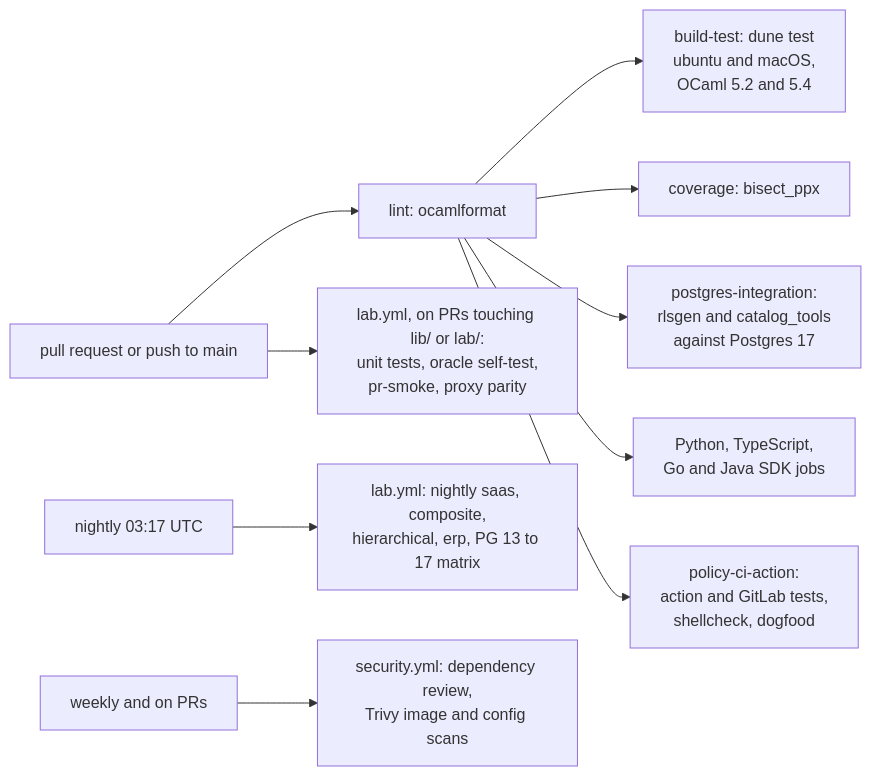
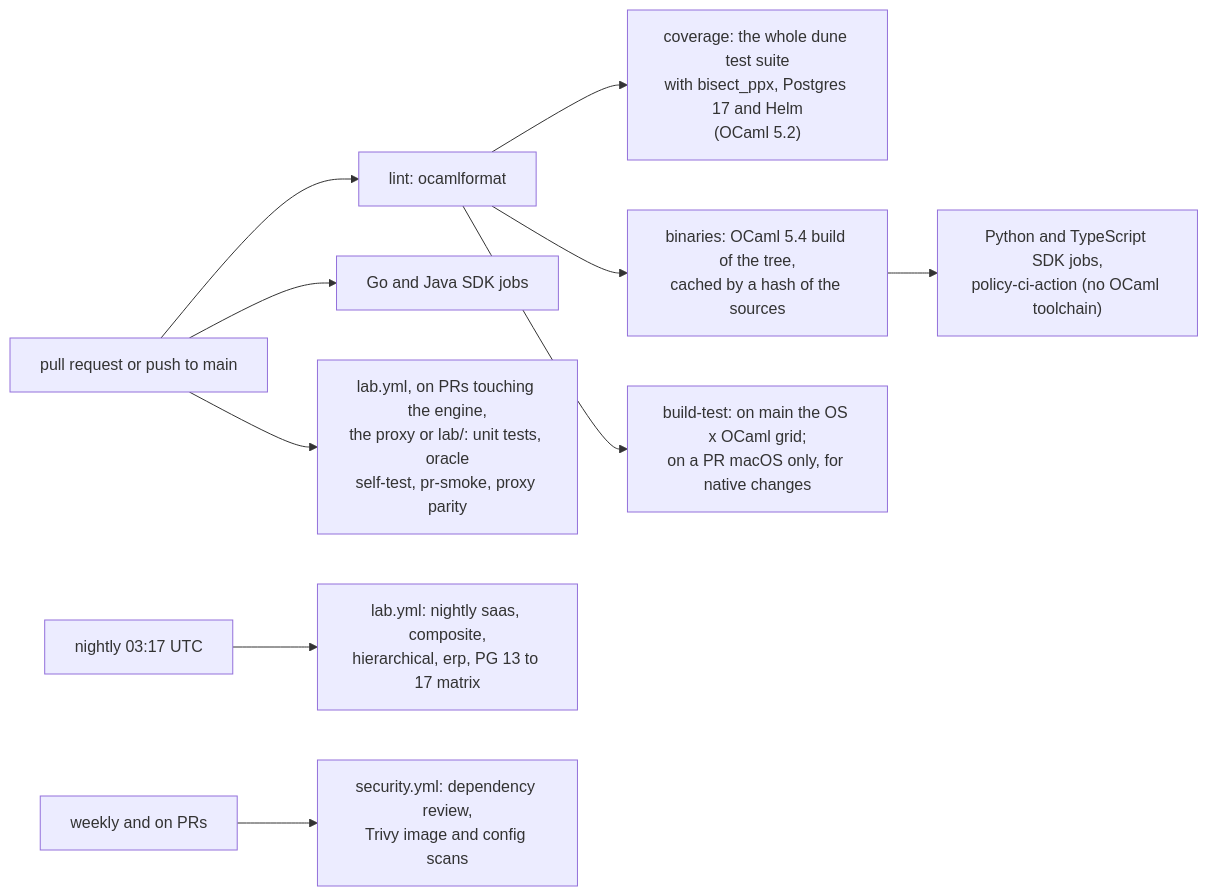
The fourth of 4 diagrams in docs/how-it-works/assurance.md (HaltSQL/HaltSQL), drawn with Mermaid before and after one commit. The commit also changed other lines of this file and 8 other files, not shown here.

First line of the commit message:
ci: build binaries once, one test run per PR, expensive jobs only when relevant

````diff
--- a/docs/how-it-works/assurance.md
+++ b/docs/how-it-works/assurance.md
@@ -286,12 +286,12 @@
 ```mermaid
 flowchart LR
     PR["pull request or push to main"] --> FMT["lint: ocamlformat"]
-    FMT --> BT["build-test: dune test<br/>ubuntu and macOS,<br/>OCaml 5.2 and 5.4"]
-    FMT --> COV["coverage: bisect_ppx"]
-    FMT --> PGI["postgres-integration:<br/>rlsgen and catalog_tools<br/>against Postgres 17"]
-    FMT --> SDK["Python, TypeScript,<br/>Go and Java SDK jobs"]
-    FMT --> ACT["policy-ci-action:<br/>action and GitLab tests,<br/>shellcheck, dogfood"]
-    PR --> LABPR["lab.yml, on PRs touching lib/ or lab/:<br/>unit tests, oracle self-test,<br/>pr-smoke, proxy parity"]
+    FMT --> COV["coverage: the whole dune test suite<br/>with bisect_ppx, Postgres 17 and Helm<br/>(OCaml 5.2)"]
+    FMT --> BIN["binaries: OCaml 5.4 build of the tree,<br/>cached by a hash of the sources"]
+    FMT --> BT["build-test: on main the OS x OCaml grid;<br/>on a PR macOS only, for native changes"]
+    BIN --> SDK["Python and TypeScript SDK jobs,<br/>policy-ci-action (no OCaml toolchain)"]
+    PR --> GJ["Go and Java SDK jobs"]
+    PR --> LABPR["lab.yml, on PRs touching the engine,<br/>the proxy or lab/: unit tests, oracle<br/>self-test, pr-smoke, proxy parity"]
     NIGHT["nightly 03:17 UTC"] --> LABN["lab.yml: nightly saas, composite,<br/>hierarchical, erp, PG 13 to 17 matrix"]
     WEEK["weekly and on PRs"] --> SEC["security.yml: dependency review,<br/>Trivy image and config scans"]
 ```
````
